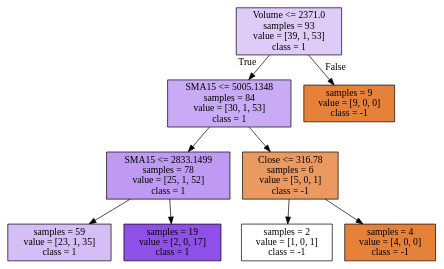
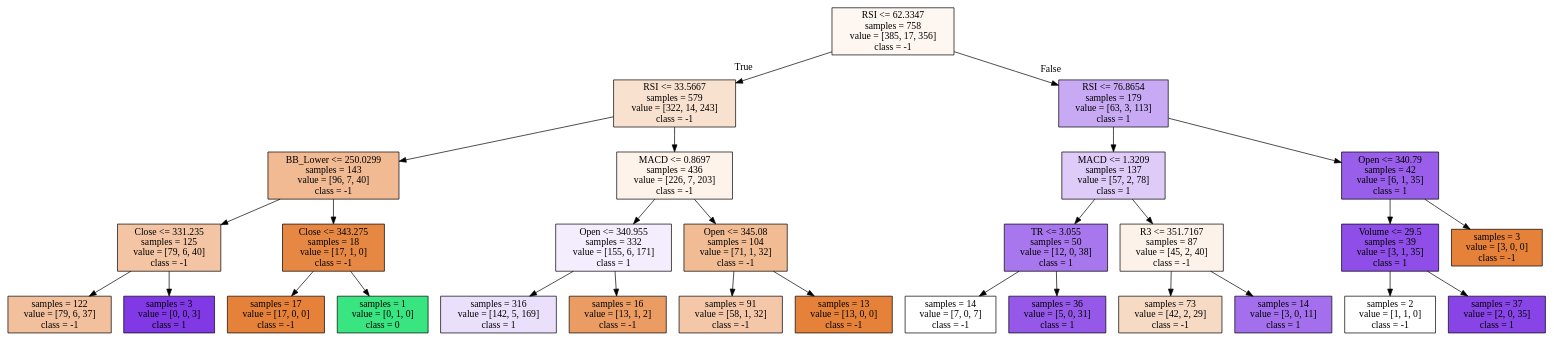
The diagram in machine_learning_tools/src/main/python/com/qubit/jupyter/supervised_learning/bitcoin/tree.dot (leonhead/machine-learning-training), drawn with Graphviz before and after one commit. The commit also changed 11 other files, not shown here.

```diff
--- a/machine_learning_tools/src/main/python/com/qubit/jupyter/supervised_learning/bitcoin/tree.dot
+++ b/machine_learning_tools/src/main/python/com/qubit/jupyter/supervised_learning/bitcoin/tree.dot
@@ -1,20 +1,60 @@
 digraph Tree {
 node [shape=box, style="filled", color="black"] ;
-0 [label="Volume <= 2371.0\nsamples = 93\nvalue = [39, 1, 53]\nclass = 1", fillcolor="#8139e542"] ;
-1 [label="SMA15 <= 5005.1348\nsamples = 84\nvalue = [30, 1, 53]\nclass = 1", fillcolor="#8139e56d"] ;
+0 [label="RSI <= 62.3347\nsamples = 758\nvalue = [385, 17, 356]\nclass = -1", fillcolor="#e5813912"] ;
+1 [label="RSI <= 33.5667\nsamples = 579\nvalue = [322, 14, 243]\nclass = -1", fillcolor="#e581393c"] ;
 0 -> 1 [labeldistance=2.5, labelangle=45, headlabel="True"] ;
-2 [label="SMA15 <= 2833.1499\nsamples = 78\nvalue = [25, 1, 52]\nclass = 1", fillcolor="#8139e582"] ;
+2 [label="BB_Lower <= 250.0299\nsamples = 143\nvalue = [96, 7, 40]\nclass = -1", fillcolor="#e581398b"] ;
 1 -> 2 ;
-3 [label="samples = 59\nvalue = [23, 1, 35]\nclass = 1", fillcolor="#8139e555"] ;
+3 [label="Close <= 331.235\nsamples = 125\nvalue = [79, 6, 40]\nclass = -1", fillcolor="#e5813975"] ;
 2 -> 3 ;
-4 [label="samples = 19\nvalue = [2, 0, 17]\nclass = 1", fillcolor="#8139e5e1"] ;
-2 -> 4 ;
-5 [label="Close <= 316.78\nsamples = 6\nvalue = [5, 0, 1]\nclass = -1", fillcolor="#e58139cc"] ;
-1 -> 5 ;
-6 [label="samples = 2\nvalue = [1, 0, 1]\nclass = -1", fillcolor="#e5813900"] ;
-5 -> 6 ;
-7 [label="samples = 4\nvalue = [4, 0, 0]\nclass = -1", fillcolor="#e58139ff"] ;
-5 -> 7 ;
-8 [label="samples = 9\nvalue = [9, 0, 0]\nclass = -1", fillcolor="#e58139ff"] ;
-0 -> 8 [labeldistance=2.5, labelangle=-45, headlabel="False"] ;
+4 [label="samples = 122\nvalue = [79, 6, 37]\nclass = -1", fillcolor="#e581397e"] ;
+3 -> 4 ;
+5 [label="samples = 3\nvalue = [0, 0, 3]\nclass = 1", fillcolor="#8139e5ff"] ;
+3 -> 5 ;
+6 [label="Close <= 343.275\nsamples = 18\nvalue = [17, 1, 0]\nclass = -1", fillcolor="#e58139f0"] ;
+2 -> 6 ;
+7 [label="samples = 17\nvalue = [17, 0, 0]\nclass = -1", fillcolor="#e58139ff"] ;
+6 -> 7 ;
+8 [label="samples = 1\nvalue = [0, 1, 0]\nclass = 0", fillcolor="#39e581ff"] ;
+6 -> 8 ;
+9 [label="MACD <= 0.8697\nsamples = 436\nvalue = [226, 7, 203]\nclass = -1", fillcolor="#e5813919"] ;
+1 -> 9 ;
+10 [label="Open <= 340.955\nsamples = 332\nvalue = [155, 6, 171]\nclass = 1", fillcolor="#8139e517"] ;
+9 -> 10 ;
+11 [label="samples = 316\nvalue = [142, 5, 169]\nclass = 1", fillcolor="#8139e528"] ;
+10 -> 11 ;
+12 [label="samples = 16\nvalue = [13, 1, 2]\nclass = -1", fillcolor="#e58139c8"] ;
+10 -> 12 ;
+13 [label="Open <= 345.08\nsamples = 104\nvalue = [71, 1, 32]\nclass = -1", fillcolor="#e581398a"] ;
+9 -> 13 ;
+14 [label="samples = 91\nvalue = [58, 1, 32]\nclass = -1", fillcolor="#e5813970"] ;
+13 -> 14 ;
+15 [label="samples = 13\nvalue = [13, 0, 0]\nclass = -1", fillcolor="#e58139ff"] ;
+13 -> 15 ;
+16 [label="RSI <= 76.8654\nsamples = 179\nvalue = [63, 3, 113]\nclass = 1", fillcolor="#8139e56e"] ;
+0 -> 16 [labeldistance=2.5, labelangle=-45, headlabel="False"] ;
+17 [label="MACD <= 1.3209\nsamples = 137\nvalue = [57, 2, 78]\nclass = 1", fillcolor="#8139e543"] ;
+16 -> 17 ;
+18 [label="TR <= 3.055\nsamples = 50\nvalue = [12, 0, 38]\nclass = 1", fillcolor="#8139e5ae"] ;
+17 -> 18 ;
+19 [label="samples = 14\nvalue = [7, 0, 7]\nclass = -1", fillcolor="#e5813900"] ;
+18 -> 19 ;
+20 [label="samples = 36\nvalue = [5, 0, 31]\nclass = 1", fillcolor="#8139e5d6"] ;
+18 -> 20 ;
+21 [label="R3 <= 351.7167\nsamples = 87\nvalue = [45, 2, 40]\nclass = -1", fillcolor="#e581391b"] ;
+17 -> 21 ;
+22 [label="samples = 73\nvalue = [42, 2, 29]\nclass = -1", fillcolor="#e581394b"] ;
+21 -> 22 ;
+23 [label="samples = 14\nvalue = [3, 0, 11]\nclass = 1", fillcolor="#8139e5b9"] ;
+21 -> 23 ;
+24 [label="Open <= 340.79\nsamples = 42\nvalue = [6, 1, 35]\nclass = 1", fillcolor="#8139e5cd"] ;
+16 -> 24 ;
+25 [label="Volume <= 29.5\nsamples = 39\nvalue = [3, 1, 35]\nclass = 1", fillcolor="#8139e5e3"] ;
+24 -> 25 ;
+26 [label="samples = 2\nvalue = [1, 1, 0]\nclass = -1", fillcolor="#e5813900"] ;
+25 -> 26 ;
+27 [label="samples = 37\nvalue = [2, 0, 35]\nclass = 1", fillcolor="#8139e5f0"] ;
+25 -> 27 ;
+28 [label="samples = 3\nvalue = [3, 0, 0]\nclass = -1", fillcolor="#e58139ff"] ;
+24 -> 28 ;
 }
```
